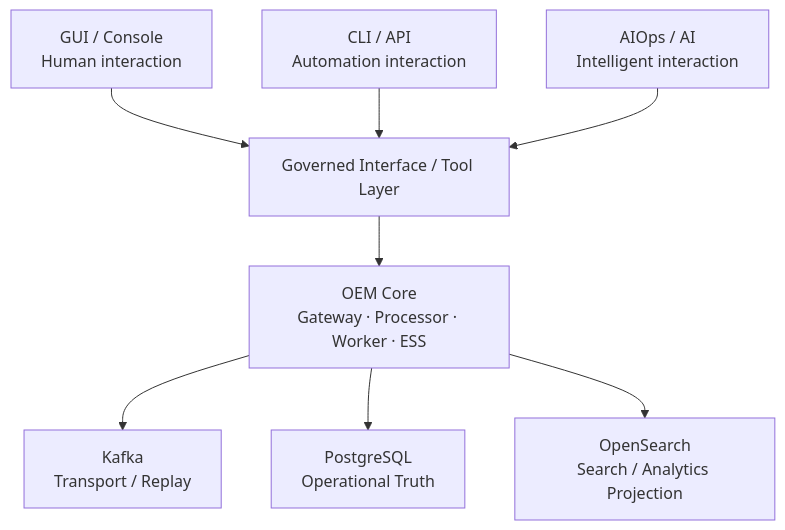
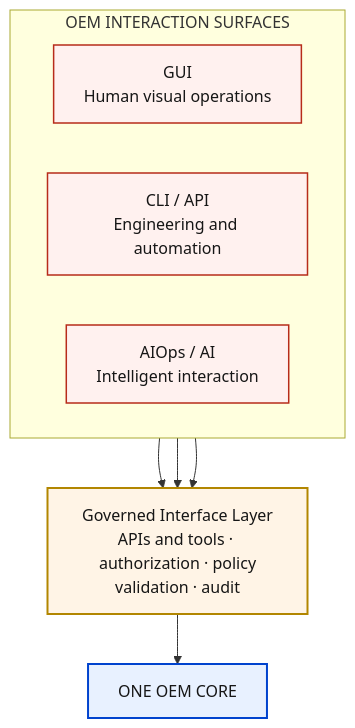
The first of 4 diagrams in docs/architecture/multi-surface-interaction.md (eventmgmtplatform/docs), drawn with Mermaid before and after one commit. The commit also changed other lines of this file and 4 other files, not shown here.

Commit message:
docs(architecture): redesign multi-surface interaction architecture

````diff
--- a/docs/architecture/multi-surface-interaction.md
+++ b/docs/architecture/multi-surface-interaction.md
@@ -11,13 +11,24 @@
 ```mermaid
 flowchart TB
-  GUI[GUI / Console\nHuman interaction]
-  CLI[CLI / API\nAutomation interaction]
-  AI[AIOps / AI\nIntelligent interaction]
-  GUI --> GI[Governed Interface / Tool Layer]
-  CLI --> GI
-  AI --> GI
-  GI --> CORE[OEM Core\nGateway · Processor · Worker · ESS]
-  CORE --> K[Kafka\nTransport / Replay]
-  CORE --> PG[PostgreSQL\nOperational Truth]
-  CORE --> OS[OpenSearch\nSearch / Analytics Projection]
+  subgraph SURFACES[OEM INTERACTION SURFACES]
+    direction LR
+    GUI[GUI<br/>Human visual operations]
+    CLI[CLI / API<br/>Engineering and automation]
+    AI[AIOps / AI<br/>Intelligent interaction]
+  end
+
+  GOVERNANCE[Governed Interface Layer<br/>APIs and tools · authorization · policy<br/>validation · audit]
+  CORE[ONE OEM CORE]
+
+  GUI --> GOVERNANCE
+  CLI --> GOVERNANCE
+  AI --> GOVERNANCE
+  GOVERNANCE --> CORE
+
+  classDef surface fill:#fff1ef,stroke:#b72c1a,color:#161616,stroke-width:1.5px;
+  classDef governance fill:#fff4e6,stroke:#b28600,color:#161616,stroke-width:2px;
+  classDef core fill:#e8f1ff,stroke:#0043ce,color:#161616,stroke-width:2px;
+  class GUI,CLI,AI surface;
+  class GOVERNANCE governance;
+  class CORE core;
 ```
````
